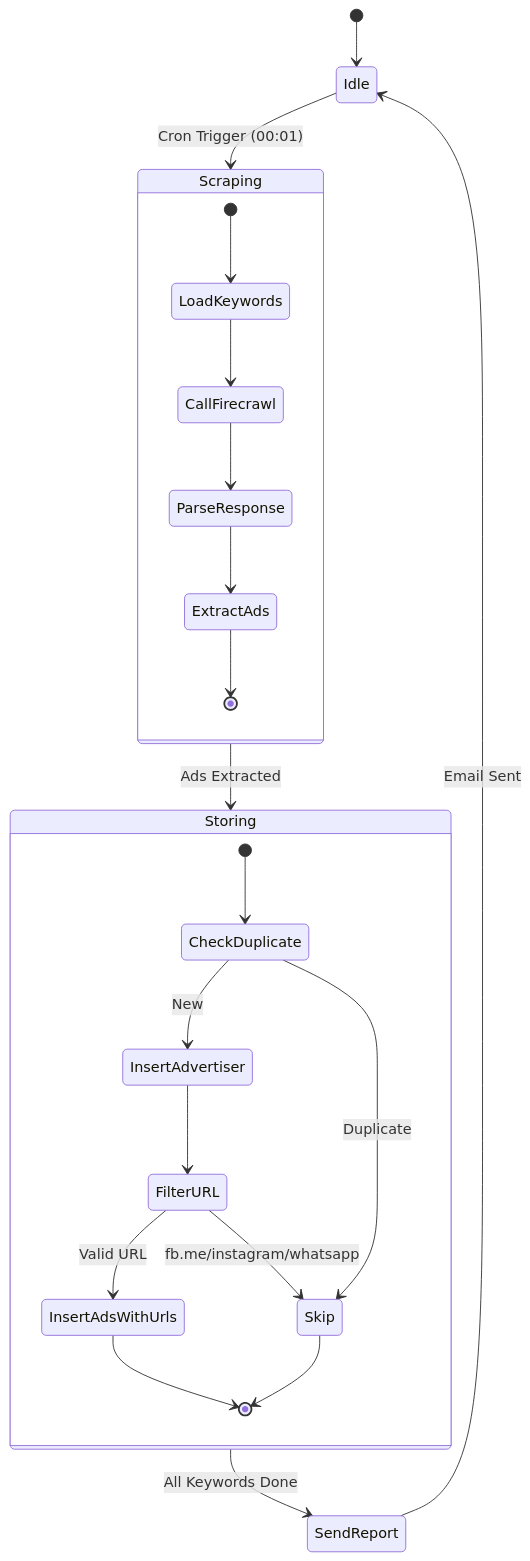
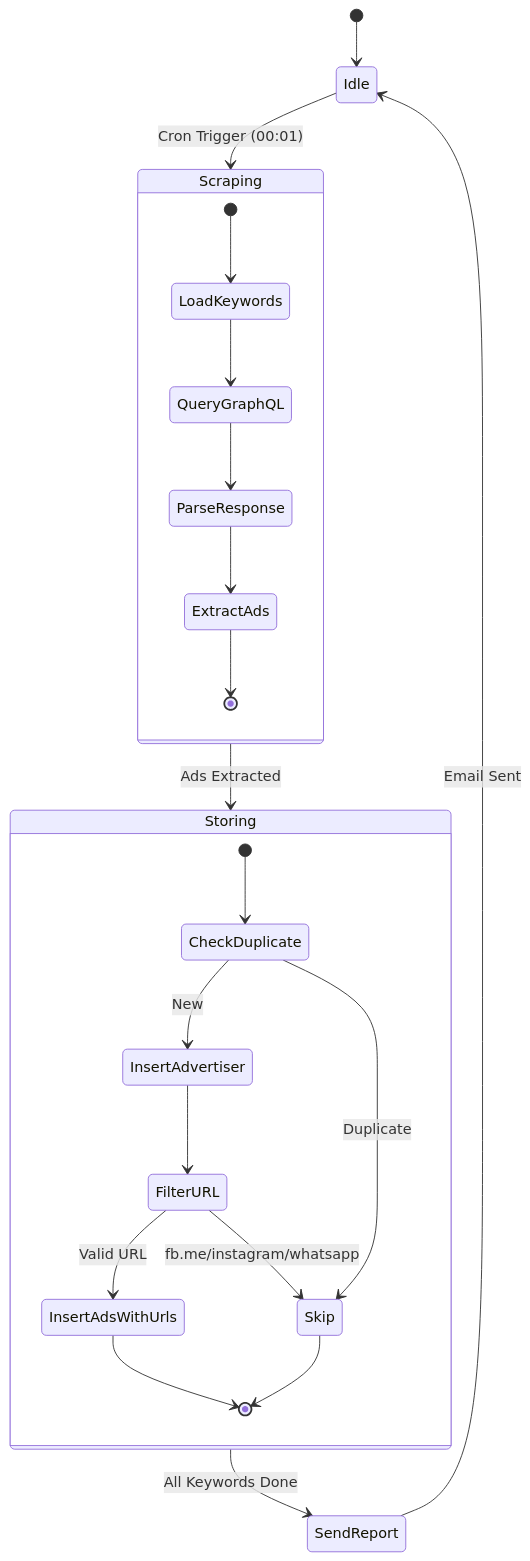
Before and after one commit to Rani-Maman/Adora: the second of 6 diagrams in docs/architecture.md, drawn with Mermaid. The commit also changed other lines of this file and 2 other files, not shown here.

Commit message:
docs: update schema, pipeline, architecture to match current system

````diff
--- a/docs/architecture.md
+++ b/docs/architecture.md
@@ -28,32 +28,32 @@
 ```mermaid
 stateDiagram-v2
     direction TB
     
     [*] --> Idle
     
     Idle --> Scraping: Cron Trigger (00:01)
     
     state Scraping {
         [*] --> LoadKeywords
-        LoadKeywords --> CallFirecrawl
-        CallFirecrawl --> ParseResponse
+        LoadKeywords --> QueryGraphQL
+        QueryGraphQL --> ParseResponse
         ParseResponse --> ExtractAds
         ExtractAds --> [*]
     }
     
     Scraping --> Storing: Ads Extracted
     
     state Storing {
         [*] --> CheckDuplicate
         CheckDuplicate --> InsertAdvertiser: New
         CheckDuplicate --> Skip: Duplicate
         InsertAdvertiser --> FilterURL
         FilterURL --> InsertAdsWithUrls: Valid URL
         FilterURL --> Skip: fb.me/instagram/whatsapp
         InsertAdsWithUrls --> [*]
         Skip --> [*]
     }
     
     Storing --> SendReport: All Keywords Done
     SendReport --> Idle: Email Sent
 ```
````
